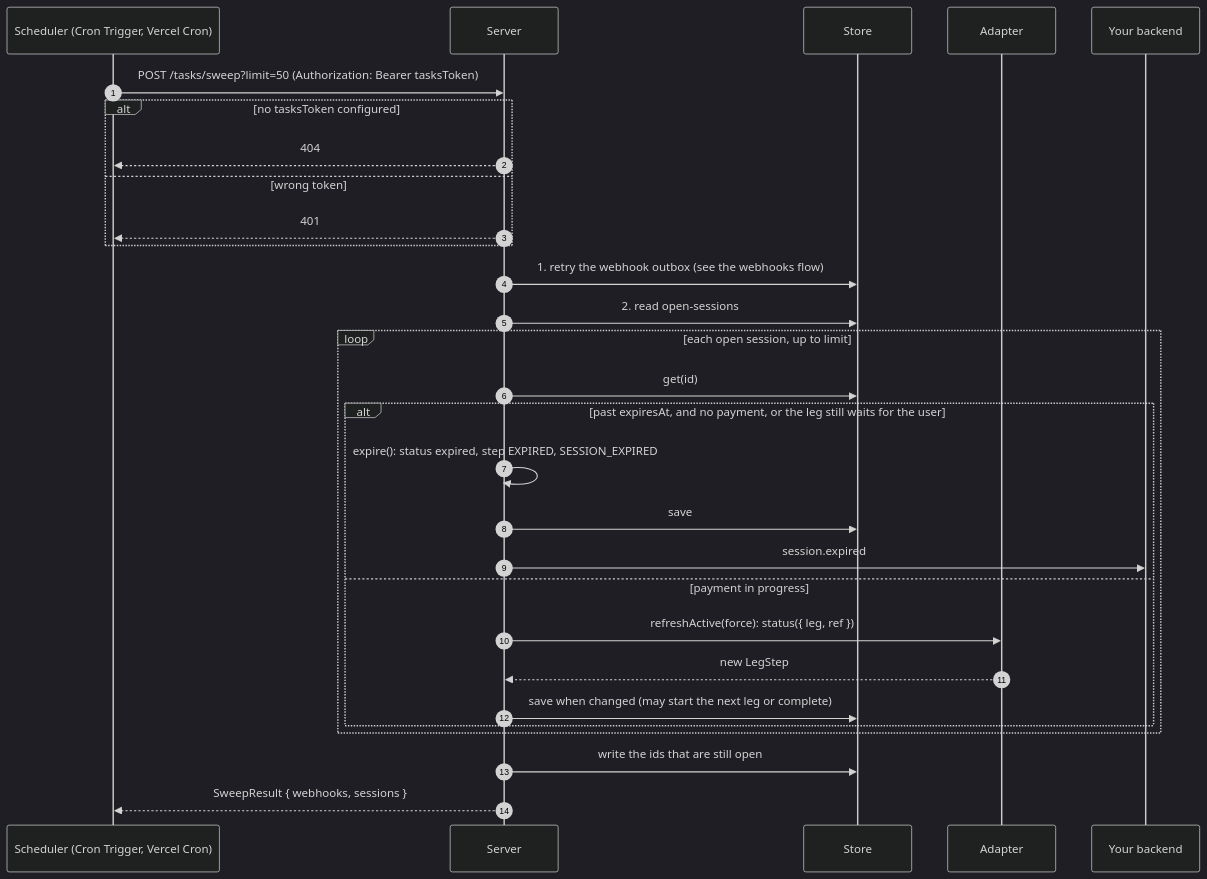
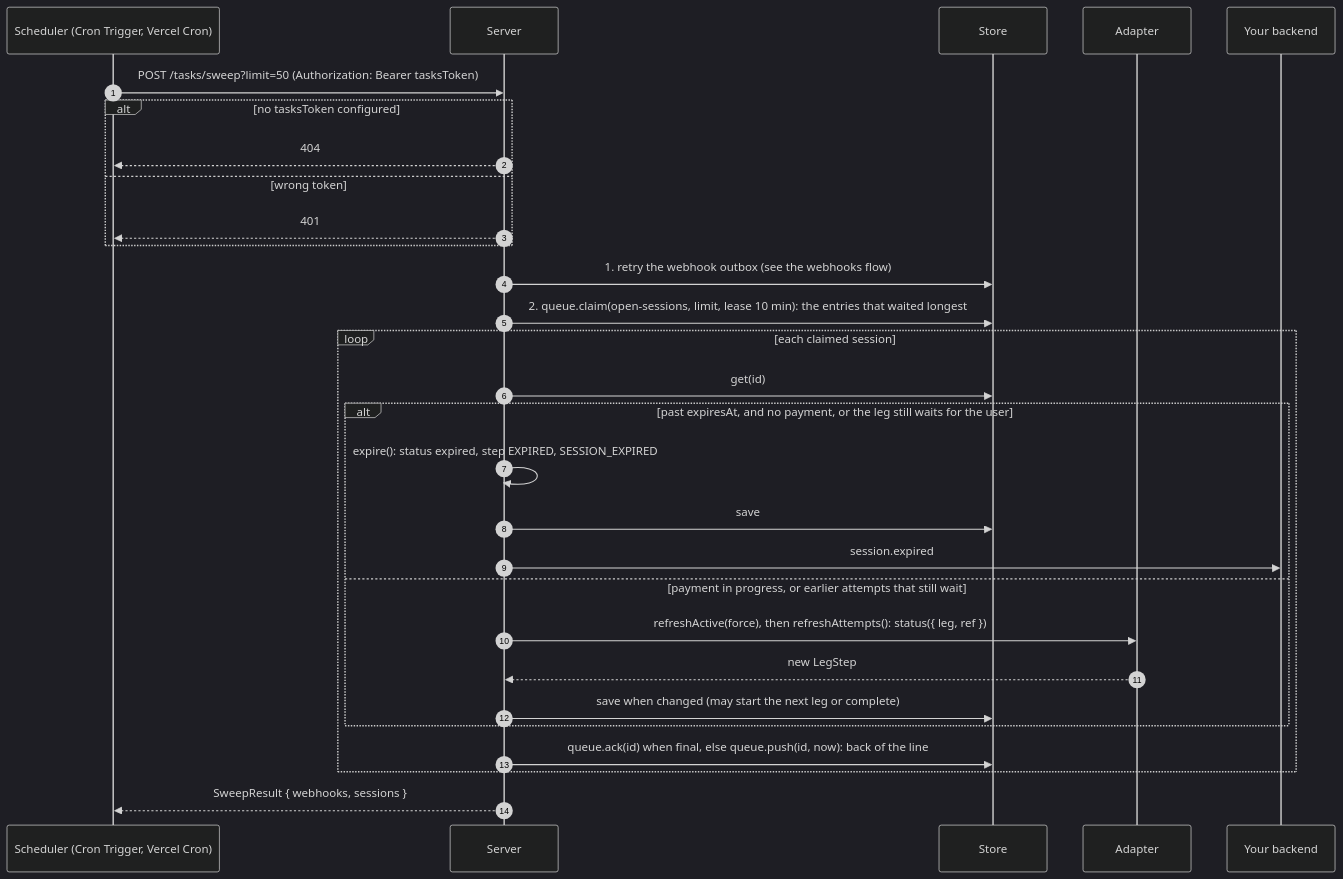
One commit to yosriady/openrampkit changed diagram 11 of 13 in docs/concepts/flows.md. Above: the diagram before and after it, drawn with Mermaid (dark theme). The commit also changed other lines of this file and 31 other files, not shown here.

````diff
--- a/docs/concepts/flows.md
+++ b/docs/concepts/flows.md
@@ -515,31 +520,31 @@
 ```mermaid
 sequenceDiagram
   autonumber
   participant Cron as Scheduler (Cron Trigger, Vercel Cron)
   participant S as Server
   participant St as Store
   participant A as Adapter
   participant App as Your backend
   Cron->>S: POST /tasks/sweep?limit=50 (Authorization: Bearer tasksToken)
   alt no tasksToken configured
     S-->>Cron: 404
   else wrong token
     S-->>Cron: 401
   end
   S->>St: 1. retry the webhook outbox (see the webhooks flow)
-  S->>St: 2. read open-sessions
-  loop each open session, up to limit
+  S->>St: 2. queue.claim(open-sessions, limit, lease 10 min): the entries that waited longest
+  loop each claimed session
     S->>St: get(id)
     alt past expiresAt, and no payment, or the leg still waits for the user
       S->>S: expire(): status expired, step EXPIRED, SESSION_EXPIRED
       S->>St: save
       S->>App: session.expired
-    else payment in progress
-      S->>A: refreshActive(force): status({ leg, ref })
+    else payment in progress, or earlier attempts that still wait
+      S->>A: refreshActive(force), then refreshAttempts(): status({ leg, ref })
       A-->>S: new LegStep
       S->>St: save when changed (may start the next leg or complete)
     end
+    S->>St: queue.ack(id) when final, else queue.push(id, now): back of the line
   end
-  S->>St: write the ids that are still open
   S-->>Cron: SweepResult { webhooks, sessions }
 ```
````
